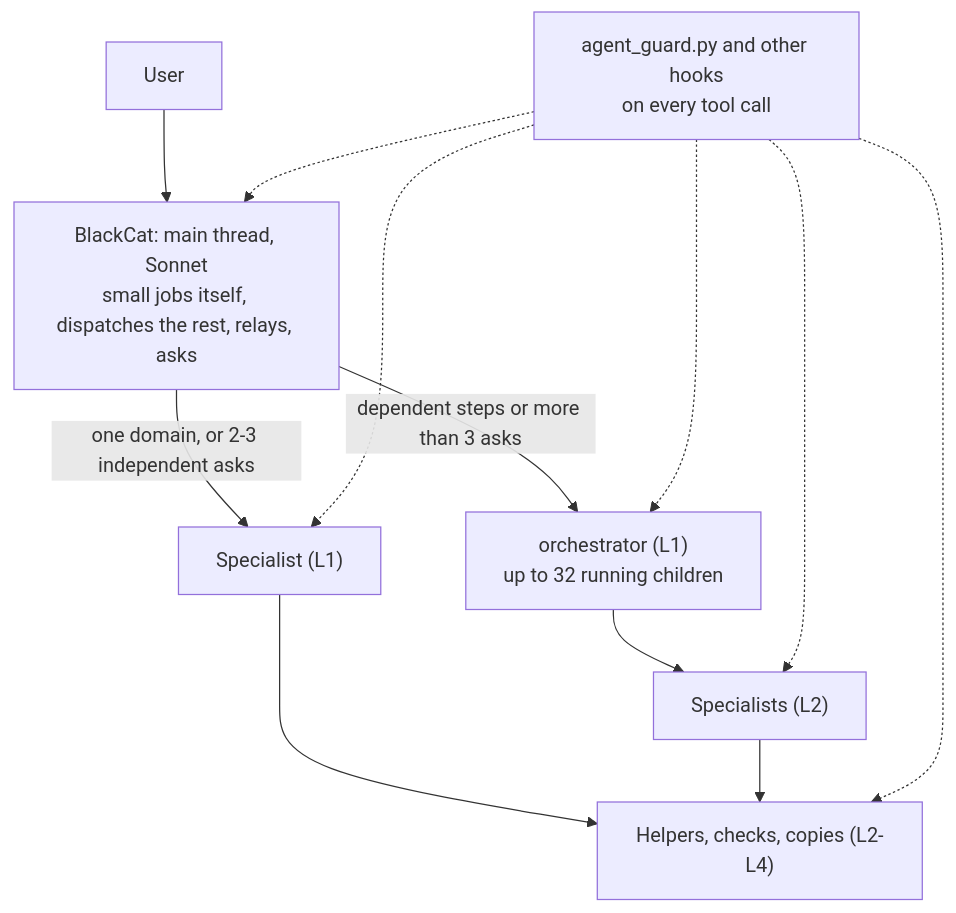
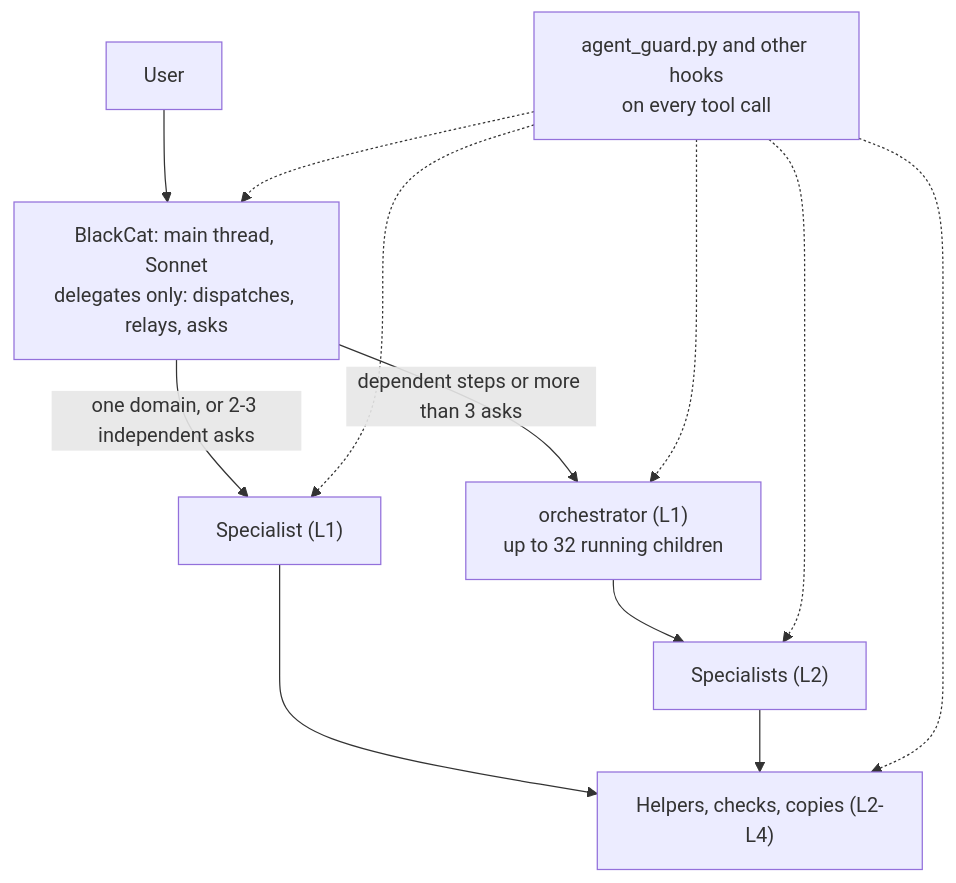
One commit to pmrjge/blackcat changed the diagram in README.md. Above: the diagram before and after it, drawn with Mermaid. The commit also changed other lines of this file and 6 other files, not shown here.

First line of the commit message:
BlackCat prompt, rules and docs: delegate only

````diff
--- a/README.md
+++ b/README.md
@@ -127,14 +127,14 @@
 ```mermaid
 flowchart TD
-  U["User"] --> B["BlackCat: main thread, Sonnet<br/>small jobs itself, dispatches the rest, relays, asks"]
+  U["User"] --> B["BlackCat: main thread, Sonnet<br/>delegates only: dispatches, relays, asks"]
   B -->|"one domain, or 2-3 independent asks"| S1["Specialist (L1)"]
   B -->|"dependent steps or more than 3 asks"| O["orchestrator (L1)<br/>up to 32 running children"]
   O --> S2["Specialists (L2)"]
   S1 --> H["Helpers, checks, copies (L2-L4)"]
   S2 --> H
   G["agent_guard.py and other hooks<br/>on every tool call"] -.-> B
   G -.-> O
   G -.-> S1
   G -.-> S2
   G -.-> H
 ```
````
